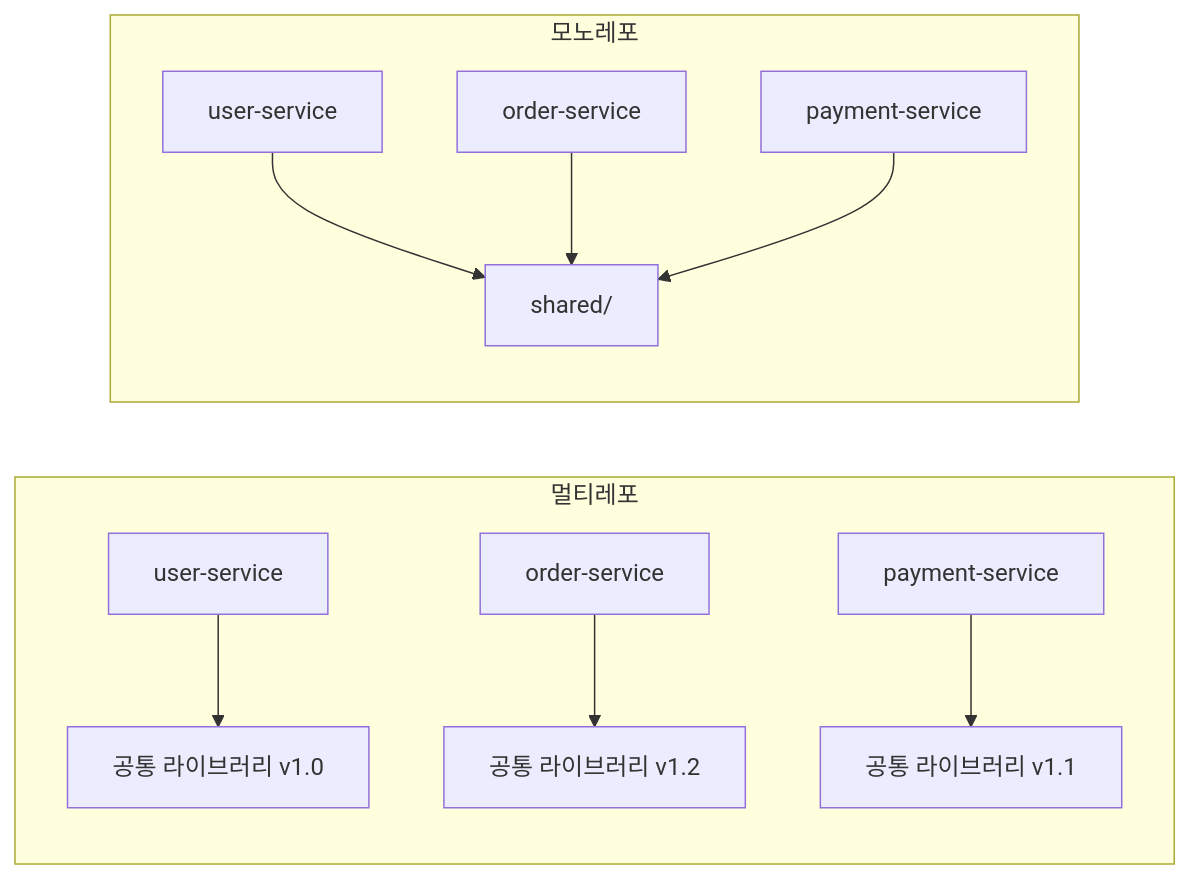
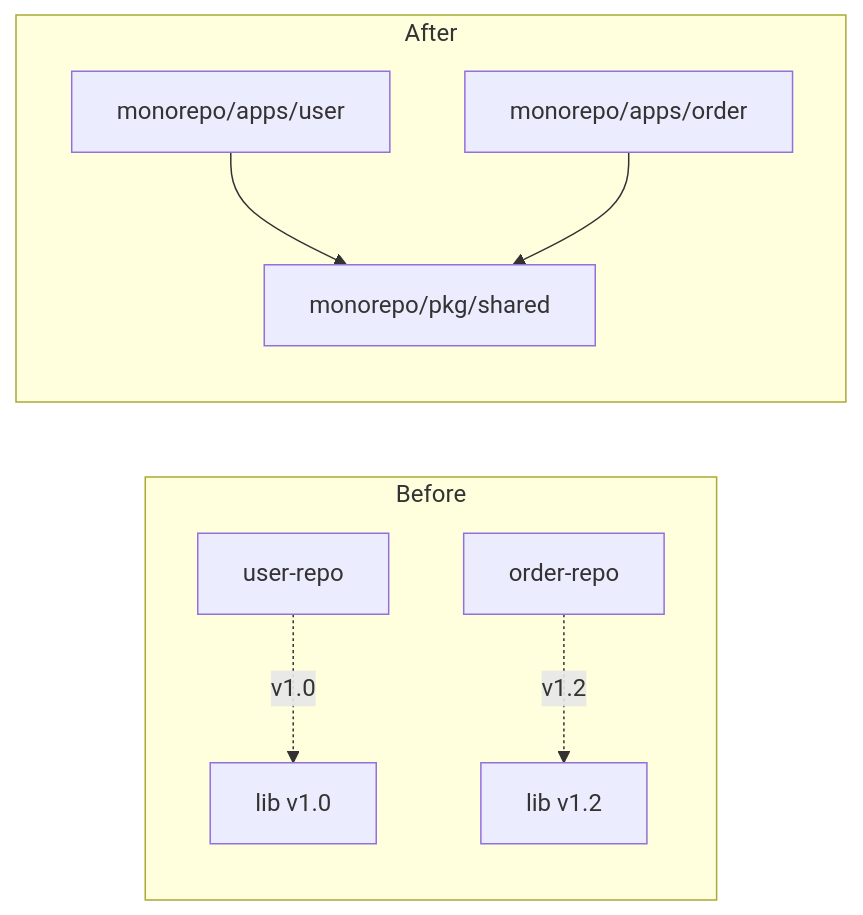
Before and after one commit to KimSeogyu/KimSeogyu.github.io: the first of 3 diagrams in src/content/backend/go/enterprise-go-1-project-structure.md, drawn with Mermaid. The commit also changed other lines of this file and 7 other files, not shown here.

````diff
--- a/src/content/backend/go/enterprise-go-1-project-structure.md
+++ b/src/content/backend/go/enterprise-go-1-project-structure.md
@@ -45,14 +41,15 @@
 ```mermaid
-flowchart LR
-    subgraph 멀티레포
-        A1[user-service] --> B1[공통 라이브러리 v1.0]
-        A2[order-service] --> B2[공통 라이브러리 v1.2]
-        A3[payment-service] --> B3[공통 라이브러리 v1.1]
+graph LR
+    subgraph Before
+        A[user-repo] -.->|v1.0| L1[lib v1.0]
+        B[order-repo] -.->|v1.2| L2[lib v1.2]
     end
-
-    subgraph 모노레포
-        C1[user-service] --> D[shared/]
-        C2[order-service] --> D
-        C3[payment-service] --> D
+    
+    subgraph After
+        C[monorepo/apps/user]
+        D[monorepo/apps/order]
+        E[monorepo/pkg/shared]
+        C --> E
+        D --> E
     end
 ```
````
